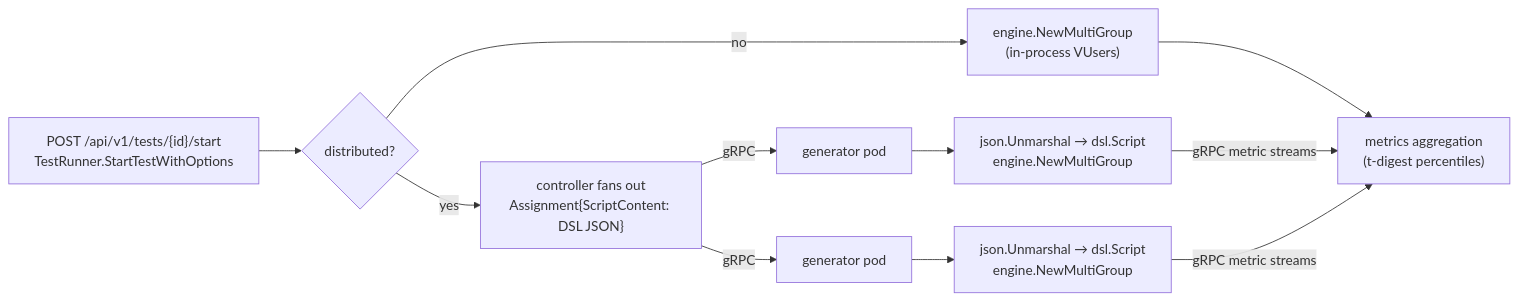
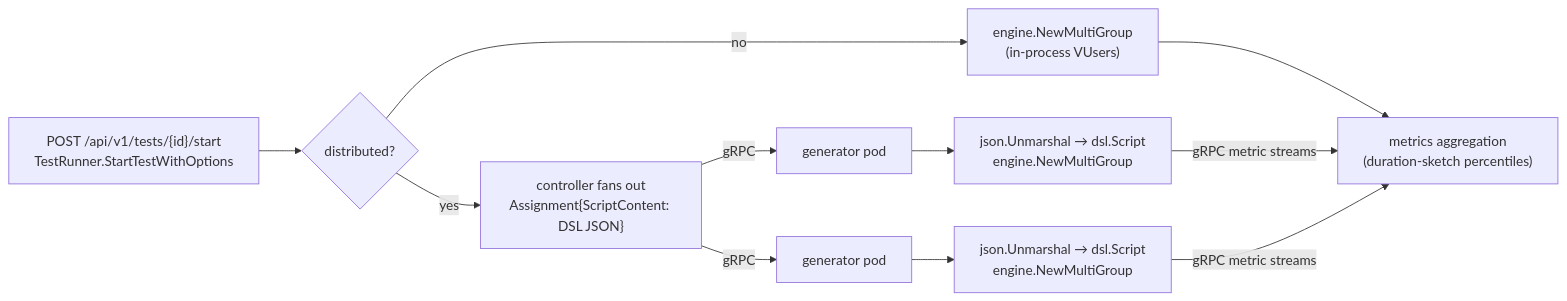
The fourth of 4 diagrams in docs/SCRIPT_LIFECYCLE.md (JasonCzech/APEX_Load), drawn with Mermaid before and after one commit. The commit also changed other lines of this file and 131 other files, not shown here.

````diff
--- a/docs/SCRIPT_LIFECYCLE.md
+++ b/docs/SCRIPT_LIFECYCLE.md
@@ -414,13 +414,13 @@
 ```mermaid
 flowchart LR
     API["POST /api/v1/tests/{id}/start<br/>TestRunner.StartTestWithOptions"] --> DEC{distributed?}
     DEC -->|no| LOCAL["engine.NewMultiGroup<br/>(in-process VUsers)"]
     DEC -->|yes| CTRL["controller fans out<br/>Assignment{ScriptContent: DSL JSON}"]
     CTRL -->|gRPC| GEN1["generator pod"]
     CTRL -->|gRPC| GEN2["generator pod"]
     GEN1 --> U1["json.Unmarshal → dsl.Script<br/>engine.NewMultiGroup"]
     GEN2 --> U2["json.Unmarshal → dsl.Script<br/>engine.NewMultiGroup"]
-    LOCAL --> AGG["metrics aggregation<br/>(t-digest percentiles)"]
+    LOCAL --> AGG["metrics aggregation<br/>(duration-sketch percentiles)"]
     U1 -->|gRPC metric streams| AGG
     U2 -->|gRPC metric streams| AGG
 ```
````
